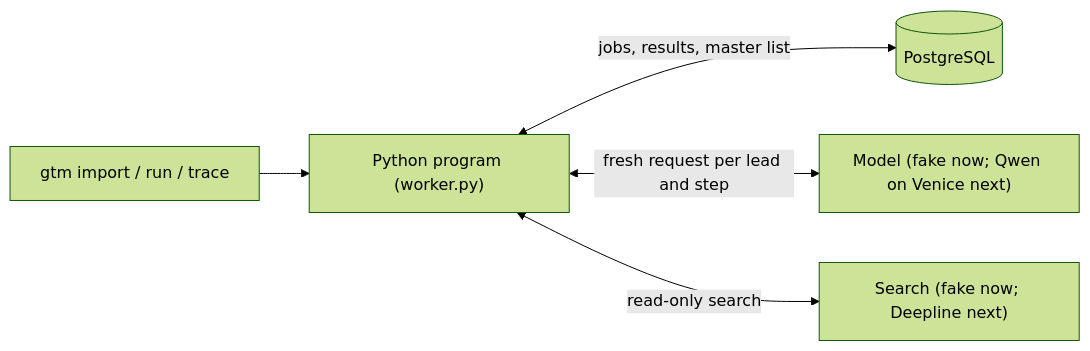
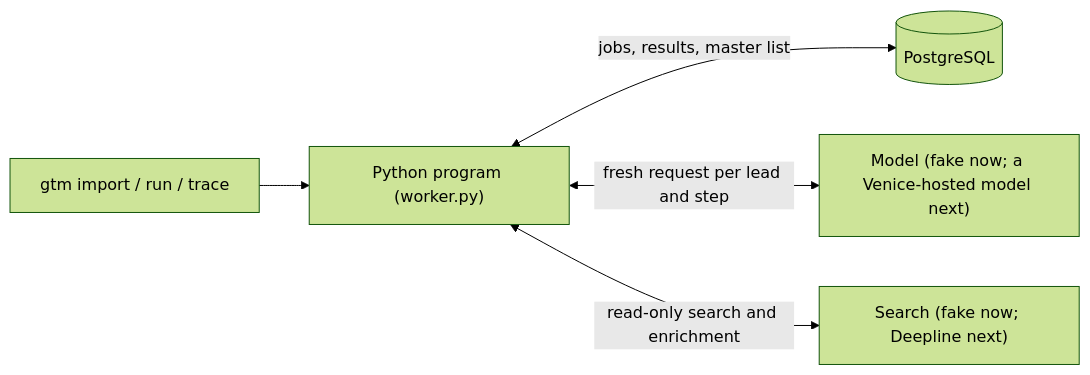
One commit to GSANC10/real-estate-gtm-engine changed the diagram in docs/architecture.md. Above: the diagram before and after it, drawn with Mermaid (forest theme). The commit also changed other lines of this file and 26 other files, not shown here.

````diff
--- a/docs/architecture.md
+++ b/docs/architecture.md
@@ -5,7 +6,7 @@
 ```mermaid
 flowchart LR
     CLI["gtm import / run / trace"] --> P["Python program (worker.py)"]
     P <-->|"jobs, results, master list"| DB[("PostgreSQL")]
-    P <-->|"fresh request per lead and step"| AI["Model (fake now; Qwen on Venice next)"]
-    P <-->|"read-only search"| SR["Search (fake now; Deepline next)"]
+    P <-->|"fresh request per lead and step"| AI["Model (fake now; a Venice-hosted model next)"]
+    P <-->|"read-only search and enrichment"| SR["Search (fake now; Deepline next)"]
 ```
````
